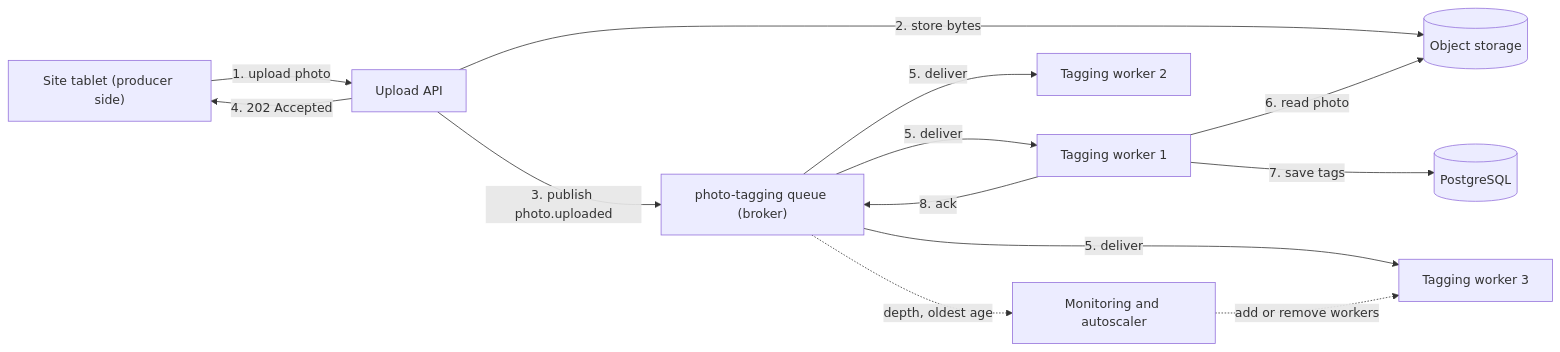
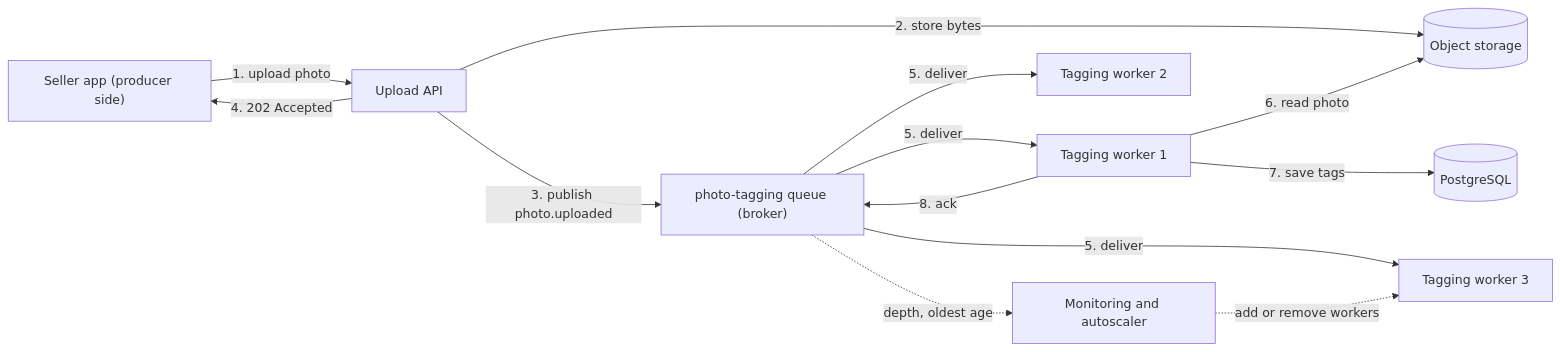
One commit to rizwi0786/system-design-lab changed the first of 2 diagrams in content/lessons/m12/m12-message-queues.md. Above: the diagram before and after it, drawn with Mermaid. The commit also changed other lines of this file and 334 other files, not shown here.

````diff
--- a/content/lessons/m12/m12-message-queues.md
+++ b/content/lessons/m12/m12-message-queues.md
@@ -200,15 +200,15 @@
 ```mermaid
 flowchart LR
-    T["Site tablet (producer side)"] -->|"1. upload photo"| API["Upload API"]
+    T["Seller app (producer side)"] -->|"1. upload photo"| API["Upload API"]
     API -->|"2. store bytes"| S3[("Object storage")]
     API -->|"3. publish photo.uploaded"| Q["photo-tagging queue (broker)"]
     API -->|"4. 202 Accepted"| T
     Q -->|"5. deliver"| W1["Tagging worker 1"]
     Q -->|"5. deliver"| W2["Tagging worker 2"]
     Q -->|"5. deliver"| W3["Tagging worker 3"]
     W1 -->|"6. read photo"| S3
     W1 -->|"7. save tags"| DB[("PostgreSQL")]
     W1 -->|"8. ack"| Q
     Q -.->|"depth, oldest age"| MON["Monitoring and autoscaler"]
     MON -.->|"add or remove workers"| W3
 ```
````
